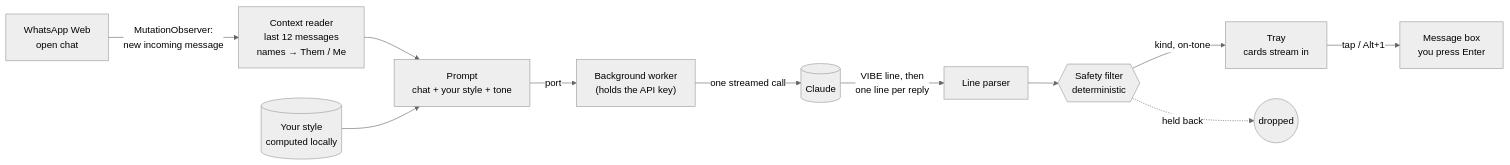
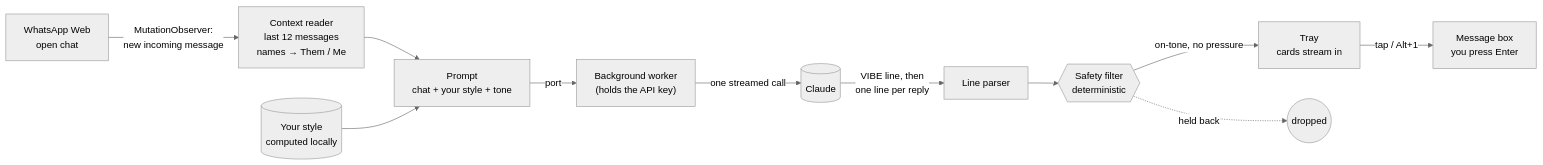
Before and after one commit to balajisriraj/charmly: the diagram in README.md, drawn with Mermaid (neutral theme). The commit also changed other lines of this file and 4 other files, not shown here.

````diff
--- a/README.md
+++ b/README.md
@@ -26,13 +26,13 @@
 ```mermaid
 flowchart LR
     W["WhatsApp Web<br/>open chat"] -- "MutationObserver:<br/>new incoming message" --> C["Context reader<br/>last 12 messages<br/>names → Them / Me"]
     C --> P["Prompt<br/>chat + your style + tone"]
     S[("Your style<br/>computed locally")] --> P
     P -- "port" --> BG["Background worker<br/>(holds the API key)"]
     BG -- "one streamed call" --> CL[(Claude)]
     CL -- "VIBE line, then<br/>one line per reply" --> PR["Line parser"]
     PR --> SF{{"Safety filter<br/>deterministic"}}
-    SF -- "kind, on-tone" --> T["Tray<br/>cards stream in"]
+    SF -- "on-tone, no pressure" --> T["Tray<br/>cards stream in"]
     SF -. "held back" .-> X(("dropped"))
     T -- "tap / Alt+1" --> CB["Message box<br/>you press Enter"]
 ```
````
